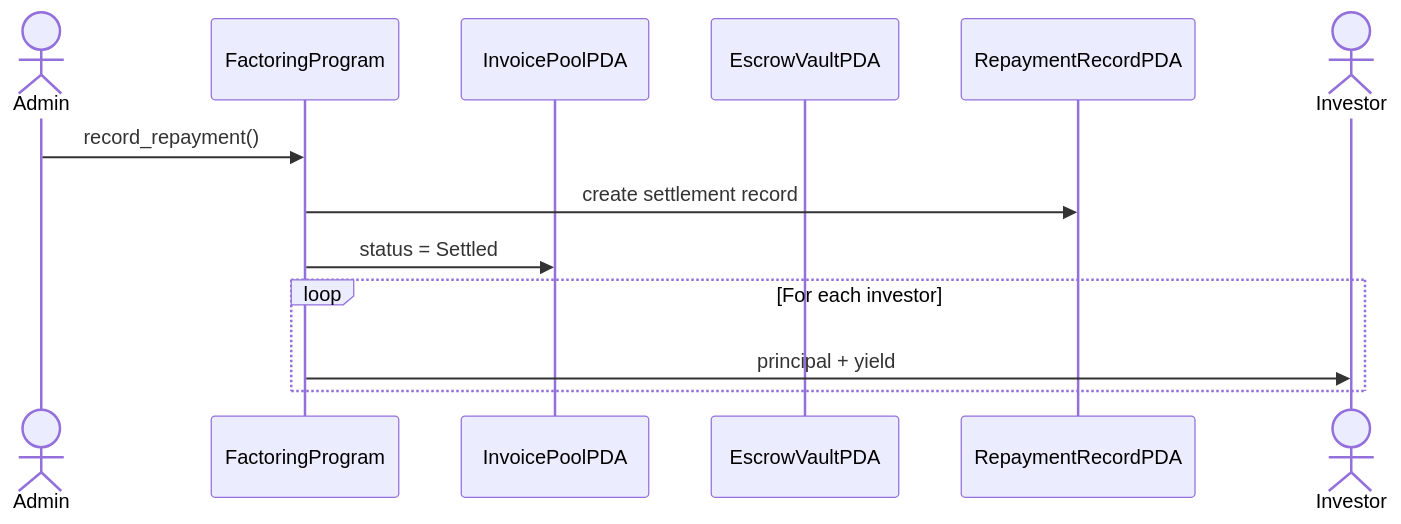
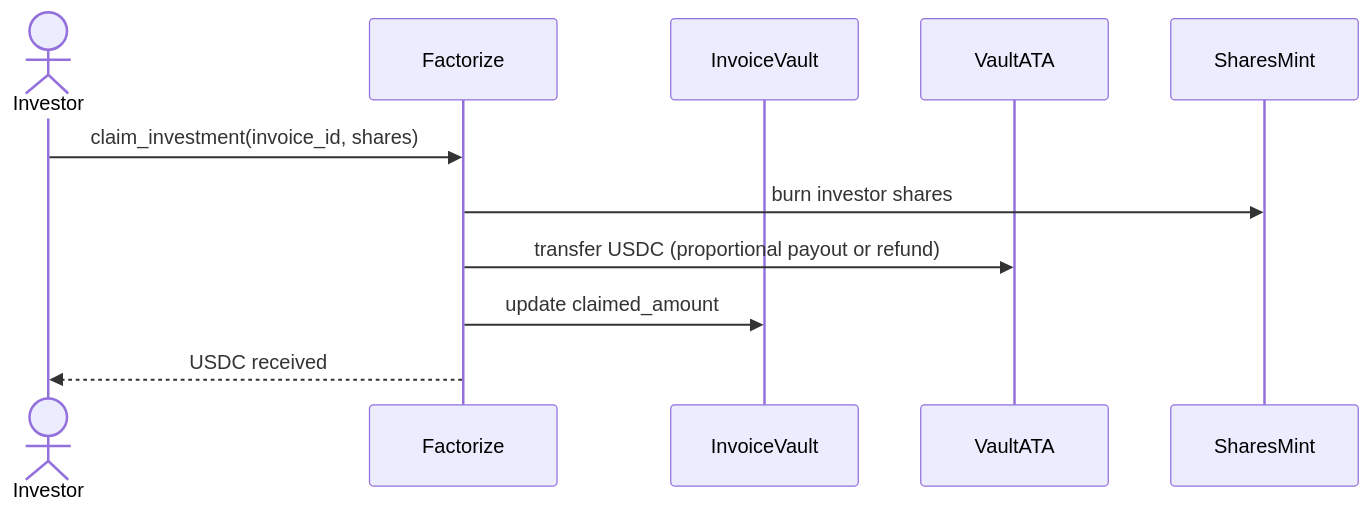
The sixth of 6 diagrams in README.md (jhintux/factorize), drawn with Mermaid before and after one commit. The commit also changed other lines of this file and 47 other files, not shown here.

````diff
--- a/README.md
+++ b/README.md
@@ -104,39 +145,14 @@
 ```mermaid
 sequenceDiagram
+    actor Investor
+    participant Factorize
+    participant InvoiceVault
+    participant VaultATA
+    participant SharesMint
 
-
-actor Admin
-
-
-participant FactoringProgram
-
-
-participant InvoicePoolPDA
-
-
-participant EscrowVaultPDA
-
-
-participant RepaymentRecordPDA
-
-
-actor Investor
-
-
-Admin->>FactoringProgram: record_repayment()
-
-
-FactoringProgram->>RepaymentRecordPDA: create settlement record
-
-
-FactoringProgram->>InvoicePoolPDA: status = Settled
-
-
-loop For each investor
-
-
-FactoringProgram->>Investor: principal + yield
-
-
-end
+    Investor->>Factorize: claim_investment(invoice_id, shares)
+    Factorize->>SharesMint: burn investor shares
+    Factorize->>VaultATA: transfer USDC (proportional payout or refund)
+    Factorize->>InvoiceVault: update claimed_amount
+    Factorize-->>Investor: USDC received
 ```
````
